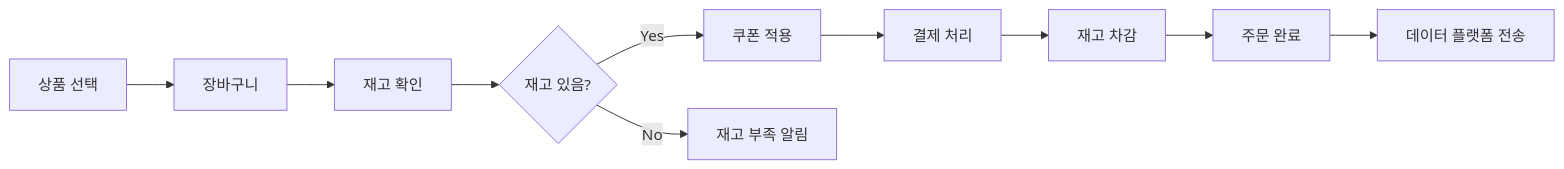
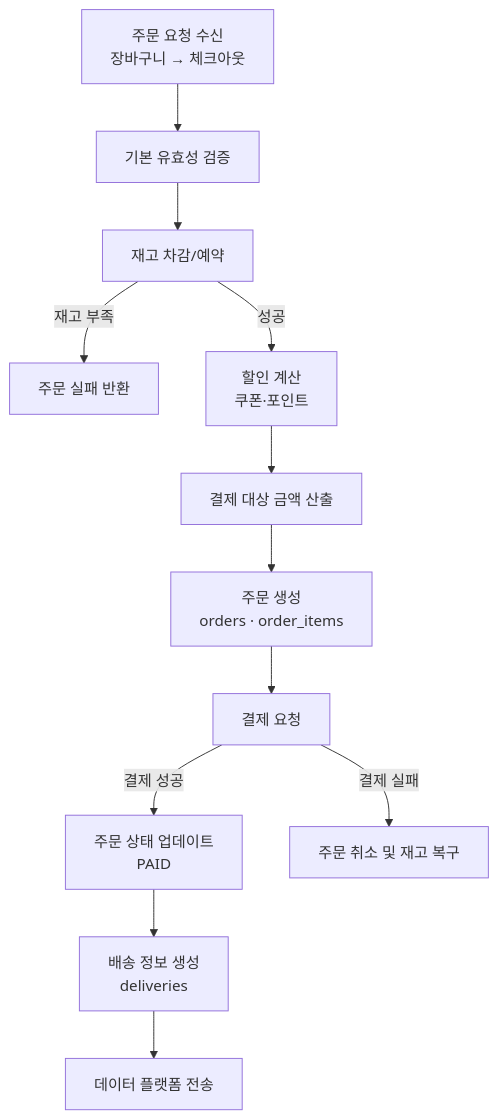
Before and after one commit to titaniper/hp: the diagram in joopang/specs/order/flowchart.mmd, drawn with Mermaid. The commit also changed 7 other files, not shown here.

Commit message:
docs: chart 초안들 작성

```diff
--- a/joopang/specs/order/flowchart.mmd
+++ b/joopang/specs/order/flowchart.mmd
@@ -1,10 +1,12 @@
-flowchart LR
-    A[상품 선택] --> B[장바구니]
-    B --> C[재고 확인]
-    C --> D{재고 있음?}
-    D -->|Yes| E[쿠폰 적용]
-    D -->|No| F[재고 부족 알림]
-    E --> G[결제 처리]
-    G --> H[재고 차감]
-    H --> I[주문 완료]
-    I --> J[데이터 플랫폼 전송]
+flowchart TD
+    A[주문 요청 수신<br/>장바구니 → 체크아웃] --> B[기본 유효성 검증]
+    B --> C[재고 차감/예약]
+    C -->|재고 부족| F[주문 실패 반환]
+    C -->|성공| D[할인 계산<br/>쿠폰·포인트]
+    D --> E[결제 대상 금액 산출]
+    E --> G[주문 생성<br/>orders · order_items]
+    G --> H[결제 요청]
+    H -->|결제 성공| I[주문 상태 업데이트<br/>PAID]
+    H -->|결제 실패| J[주문 취소 및 재고 복구]
+    I --> K[배송 정보 생성<br/>deliveries]
+    K --> L[데이터 플랫폼 전송]
```
